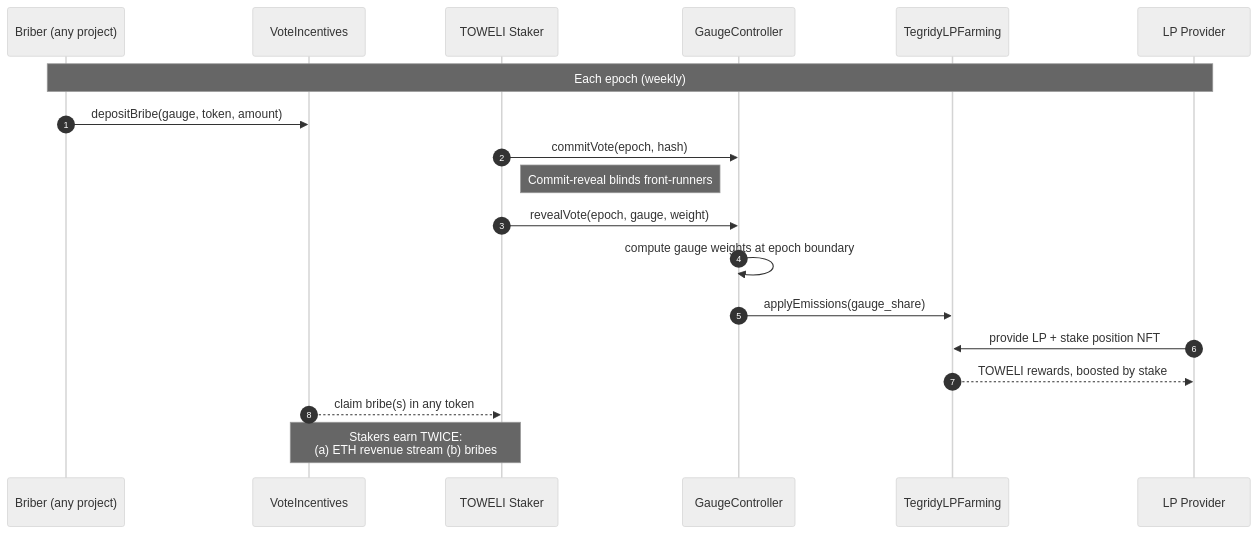
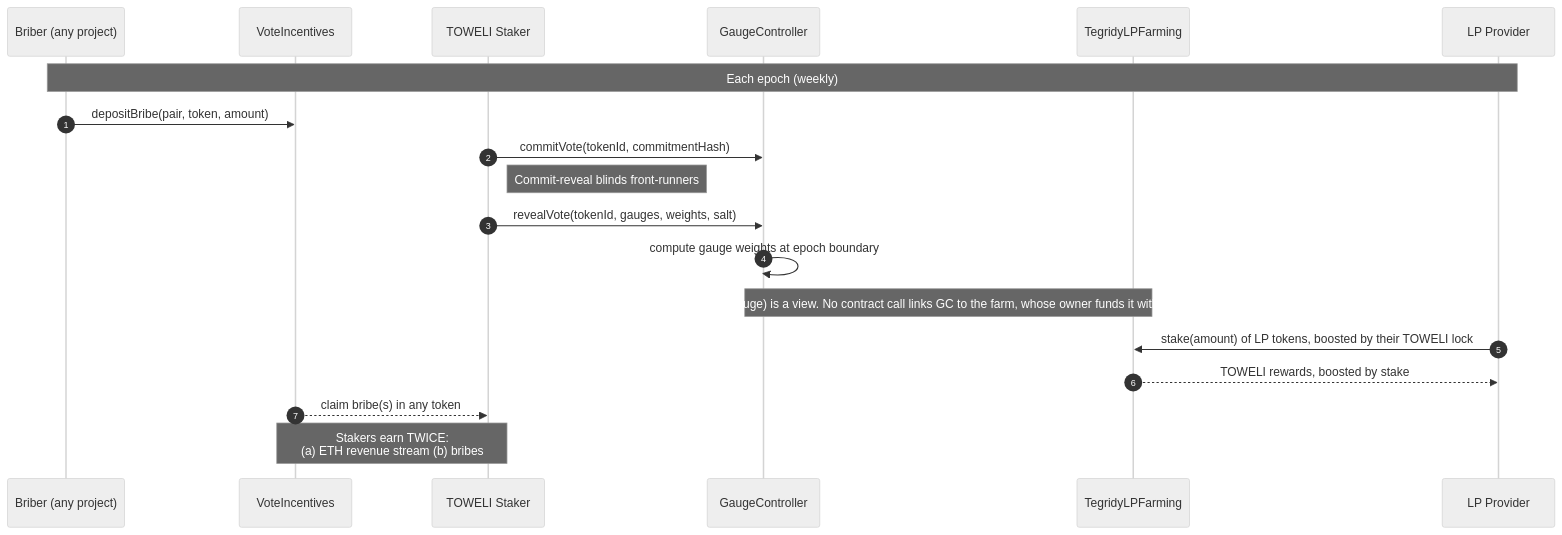
Before and after one commit to fomotsar-commits/tegridy-farms: the third of 3 diagrams in README.md, drawn with Mermaid (neutral theme). The commit also changed other lines of this file, not shown here.

````diff
--- a/README.md
+++ b/README.md
@@ -304,23 +326,23 @@
 ```mermaid
 sequenceDiagram
     autonumber
     participant Briber as Briber (any project)
     participant VI as VoteIncentives
     participant Staker as TOWELI Staker
     participant GC as GaugeController
     participant LP as TegridyLPFarming
     participant LPer as LP Provider
 
     Note over Briber,LPer: Each epoch (weekly)
 
-    Briber->>VI: depositBribe(gauge, token, amount)
-    Staker->>GC: commitVote(epoch, hash)
+    Briber->>VI: depositBribe(pair, token, amount)
+    Staker->>GC: commitVote(tokenId, commitmentHash)
     Note right of Staker: Commit-reveal blinds front-runners
-    Staker->>GC: revealVote(epoch, gauge, weight)
+    Staker->>GC: revealVote(tokenId, gauges, weights, salt)
     GC->>GC: compute gauge weights at epoch boundary
-    GC->>LP: applyEmissions(gauge_share)
-    LPer->>LP: provide LP + stake position NFT
+    Note over GC,LP: getGaugeEmission(gauge) is a view. No contract call links GC to the farm, whose owner funds it with notifyRewardAmount
+    LPer->>LP: stake(amount) of LP tokens, boosted by their TOWELI lock
     LP-->>LPer: TOWELI rewards, boosted by stake
     VI-->>Staker: claim bribe(s) in any token
     Note over VI,Staker: Stakers earn TWICE:<br/>(a) ETH revenue stream (b) bribes
 ```
````
